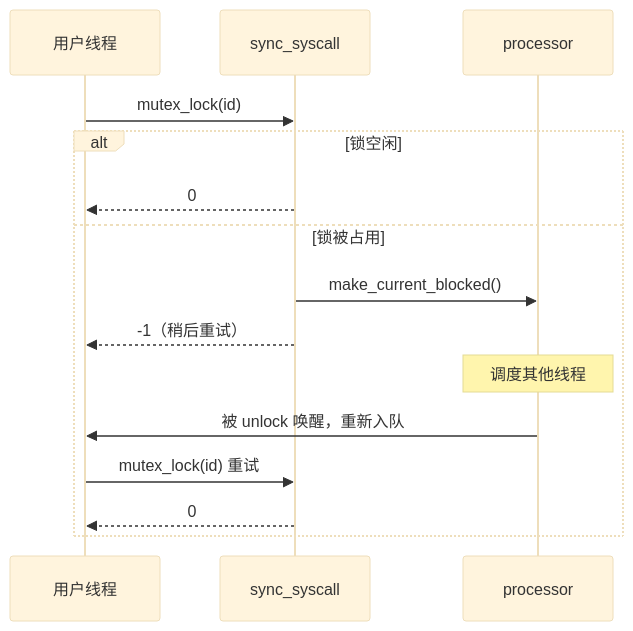
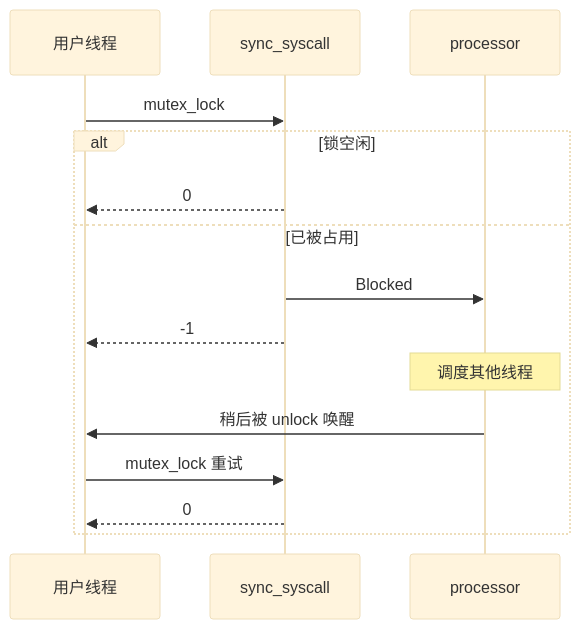
The second of 2 diagrams in os-lab/labs/lab8-thread-sync.md (AM-SuSh/EVOLVE), drawn with Mermaid (base theme) before and after one commit. The commit also changed other lines of this file and 23 other files, not shown here.

````diff
--- a/os-lab/labs/lab8-thread-sync.md
+++ b/os-lab/labs/lab8-thread-sync.md
@@ -82,17 +103,17 @@
 ```mermaid
 sequenceDiagram
     participant U as 用户线程
     participant K as sync_syscall
     participant P as processor
-    U->>K: mutex_lock(id)
+    U->>K: mutex_lock
     alt 锁空闲
         K-->>U: 0
-    else 锁被占用
-        K->>P: make_current_blocked()
-        K-->>U: -1（稍后重试）
+    else 已被占用
+        K->>P: Blocked
+        K-->>U: -1
         Note over P: 调度其他线程
-        P->>U: 被 unlock 唤醒，重新入队
-        U->>K: mutex_lock(id) 重试
+        P->>U: 稍后被 unlock 唤醒
+        U->>K: mutex_lock 重试
         K-->>U: 0
     end
 ```
````
